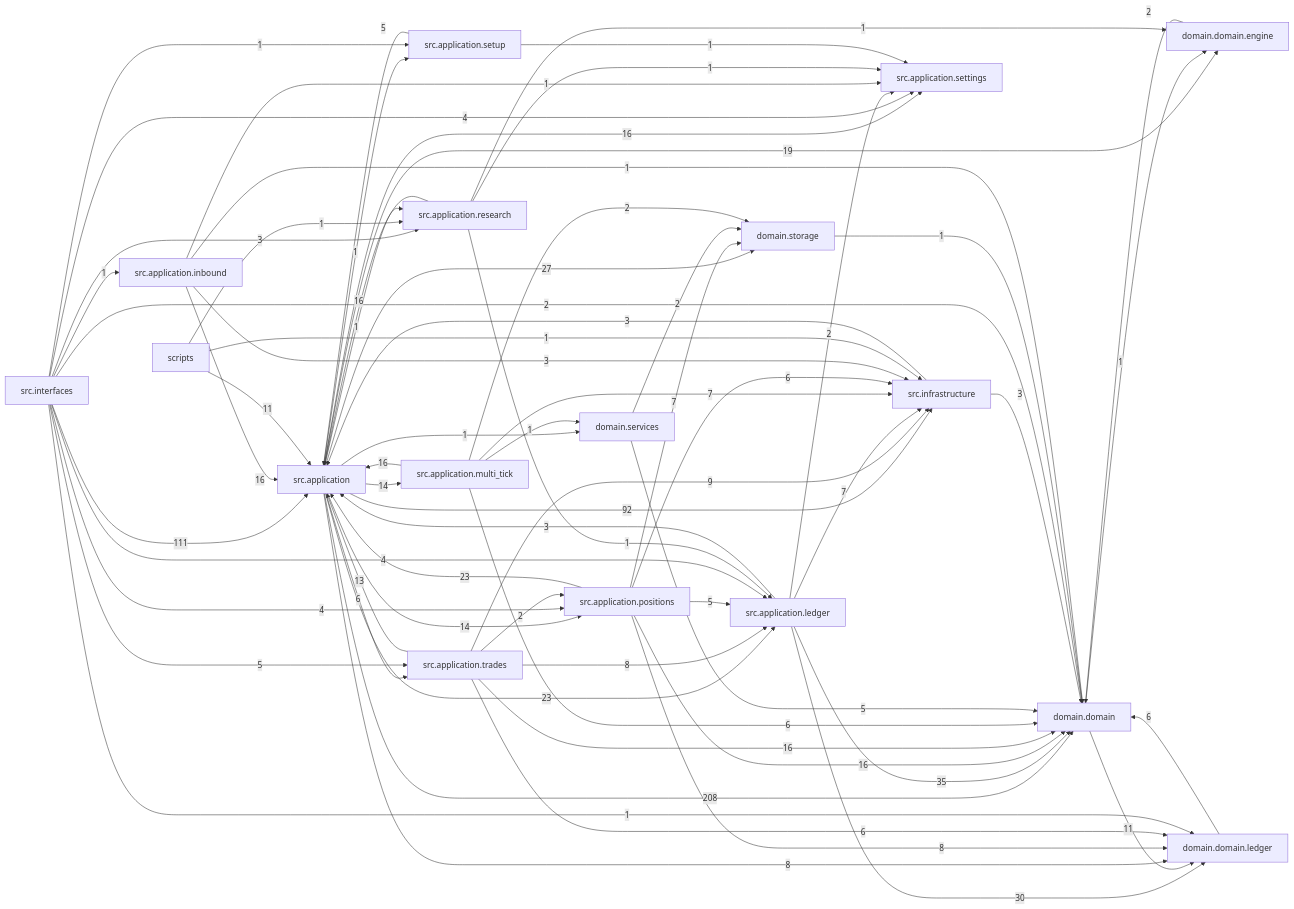
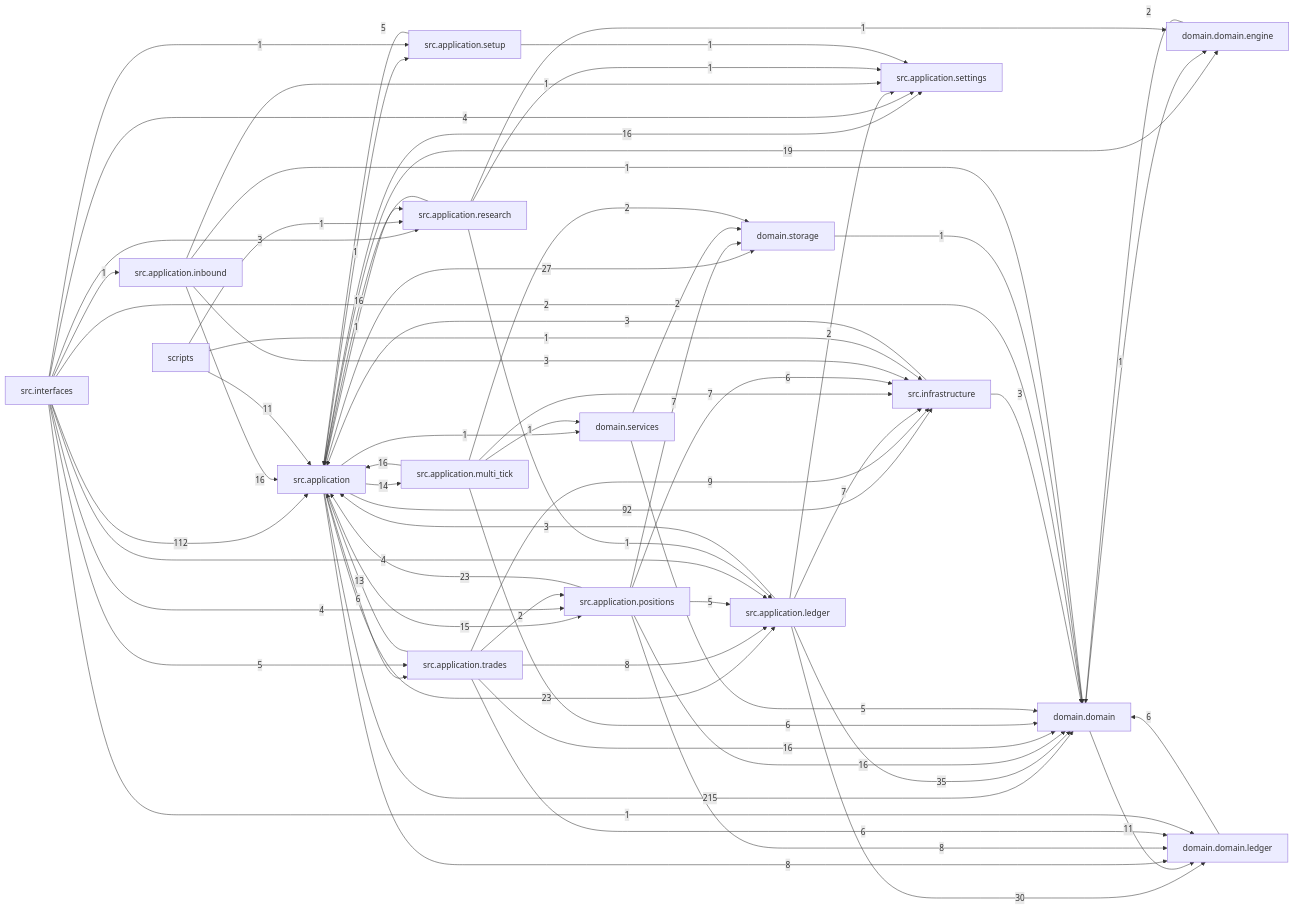
The diagram in docs/dependency_graph.mmd (liuxie066/options-monitor), drawn with Mermaid before and after one commit. The commit also changed 21 other files, not shown here.

```diff
--- a/docs/dependency_graph.mmd
+++ b/docs/dependency_graph.mmd
@@ -1,68 +1,68 @@
 flowchart LR
-  src_application["src.application"] -->|208| domain_domain["domain.domain"]
-  src_interfaces["src.interfaces"] -->|111| src_application["src.application"]
+  src_application["src.application"] -->|215| domain_domain["domain.domain"]
+  src_interfaces["src.interfaces"] -->|112| src_application["src.application"]
   src_application["src.application"] -->|92| src_infrastructure["src.infrastructure"]
   src_application_ledger["src.application.ledger"] -->|35| domain_domain["domain.domain"]
   src_application_ledger["src.application.ledger"] -->|30| domain_domain_ledger["domain.domain.ledger"]
   src_application["src.application"] -->|27| domain_storage["domain.storage"]
   src_application["src.application"] -->|23| src_application_ledger["src.application.ledger"]
   src_application_positions["src.application.positions"] -->|23| src_application["src.application"]
   src_application["src.application"] -->|19| domain_domain_engine["domain.domain.engine"]
   src_application["src.application"] -->|16| src_application_settings["src.application.settings"]
   src_application_inbound["src.application.inbound"] -->|16| src_application["src.application"]
   src_application_multi_tick["src.application.multi_tick"] -->|16| src_application["src.application"]
   src_application_positions["src.application.positions"] -->|16| domain_domain["domain.domain"]
   src_application_research["src.application.research"] -->|16| src_application["src.application"]
   src_application_trades["src.application.trades"] -->|16| domain_domain["domain.domain"]
+  src_application["src.application"] -->|15| src_application_positions["src.application.positions"]
   src_application["src.application"] -->|14| src_application_multi_tick["src.application.multi_tick"]
-  src_application["src.application"] -->|14| src_application_positions["src.application.positions"]
   src_application_trades["src.application.trades"] -->|13| src_application["src.application"]
   domain_domain["domain.domain"] -->|11| domain_domain_ledger["domain.domain.ledger"]
   scripts["scripts"] -->|11| src_application["src.application"]
   src_application_trades["src.application.trades"] -->|9| src_infrastructure["src.infrastructure"]
   src_application["src.application"] -->|8| domain_domain_ledger["domain.domain.ledger"]
   src_application_positions["src.application.positions"] -->|8| domain_domain_ledger["domain.domain.ledger"]
   src_application_trades["src.application.trades"] -->|8| src_application_ledger["src.application.ledger"]
   src_application_ledger["src.application.ledger"] -->|7| src_infrastructure["src.infrastructure"]
   src_application_multi_tick["src.application.multi_tick"] -->|7| src_infrastructure["src.infrastructure"]
   src_application_positions["src.application.positions"] -->|7| domain_storage["domain.storage"]
   domain_domain_ledger["domain.domain.ledger"] -->|6| domain_domain["domain.domain"]
   src_application["src.application"] -->|6| src_application_trades["src.application.trades"]
   src_application_multi_tick["src.application.multi_tick"] -->|6| domain_domain["domain.domain"]
   src_application_positions["src.application.positions"] -->|6| src_infrastructure["src.infrastructure"]
   src_application_trades["src.application.trades"] -->|6| domain_domain_ledger["domain.domain.ledger"]
   domain_services["domain.services"] -->|5| domain_domain["domain.domain"]
   src_application_positions["src.application.positions"] -->|5| src_application_ledger["src.application.ledger"]
   src_application_setup["src.application.setup"] -->|5| src_application["src.application"]
   src_interfaces["src.interfaces"] -->|5| src_application_trades["src.application.trades"]
   src_interfaces["src.interfaces"] -->|4| src_application_ledger["src.application.ledger"]
   src_interfaces["src.interfaces"] -->|4| src_application_positions["src.application.positions"]
   src_interfaces["src.interfaces"] -->|4| src_application_settings["src.application.settings"]
   src_application_inbound["src.application.inbound"] -->|3| src_infrastructure["src.infrastructure"]
   src_application_ledger["src.application.ledger"] -->|3| src_application["src.application"]
   src_infrastructure["src.infrastructure"] -->|3| domain_domain["domain.domain"]
   src_infrastructure["src.infrastructure"] -->|3| src_application["src.application"]
   src_interfaces["src.interfaces"] -->|3| src_application_research["src.application.research"]
   domain_domain_engine["domain.domain.engine"] -->|2| domain_domain["domain.domain"]
   domain_services["domain.services"] -->|2| domain_storage["domain.storage"]
   src_application_ledger["src.application.ledger"] -->|2| src_application_settings["src.application.settings"]
   src_application_multi_tick["src.application.multi_tick"] -->|2| domain_storage["domain.storage"]
   src_application_trades["src.application.trades"] -->|2| src_application_positions["src.application.positions"]
   src_interfaces["src.interfaces"] -->|2| domain_domain["domain.domain"]
   domain_domain["domain.domain"] -->|1| domain_domain_engine["domain.domain.engine"]
   domain_storage["domain.storage"] -->|1| domain_domain["domain.domain"]
   scripts["scripts"] -->|1| src_application_research["src.application.research"]
   scripts["scripts"] -->|1| src_infrastructure["src.infrastructure"]
   src_application["src.application"] -->|1| domain_services["domain.services"]
   src_application["src.application"] -->|1| src_application_research["src.application.research"]
   src_application["src.application"] -->|1| src_application_setup["src.application.setup"]
   src_application_inbound["src.application.inbound"] -->|1| domain_domain["domain.domain"]
   src_application_inbound["src.application.inbound"] -->|1| src_application_settings["src.application.settings"]
   src_application_multi_tick["src.application.multi_tick"] -->|1| domain_services["domain.services"]
   src_application_research["src.application.research"] -->|1| domain_domain_engine["domain.domain.engine"]
   src_application_research["src.application.research"] -->|1| src_application_ledger["src.application.ledger"]
   src_application_research["src.application.research"] -->|1| src_application_settings["src.application.settings"]
   src_application_setup["src.application.setup"] -->|1| src_application_settings["src.application.settings"]
   src_interfaces["src.interfaces"] -->|1| domain_domain_ledger["domain.domain.ledger"]
   src_interfaces["src.interfaces"] -->|1| src_application_inbound["src.application.inbound"]
   src_interfaces["src.interfaces"] -->|1| src_application_setup["src.application.setup"]
```
